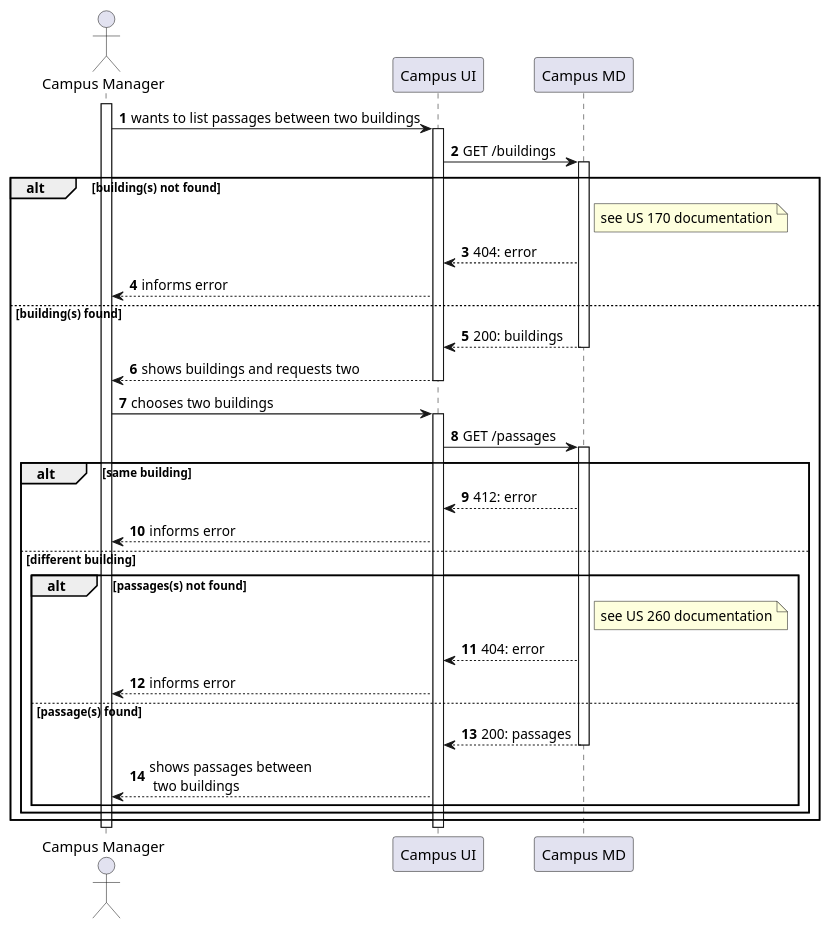
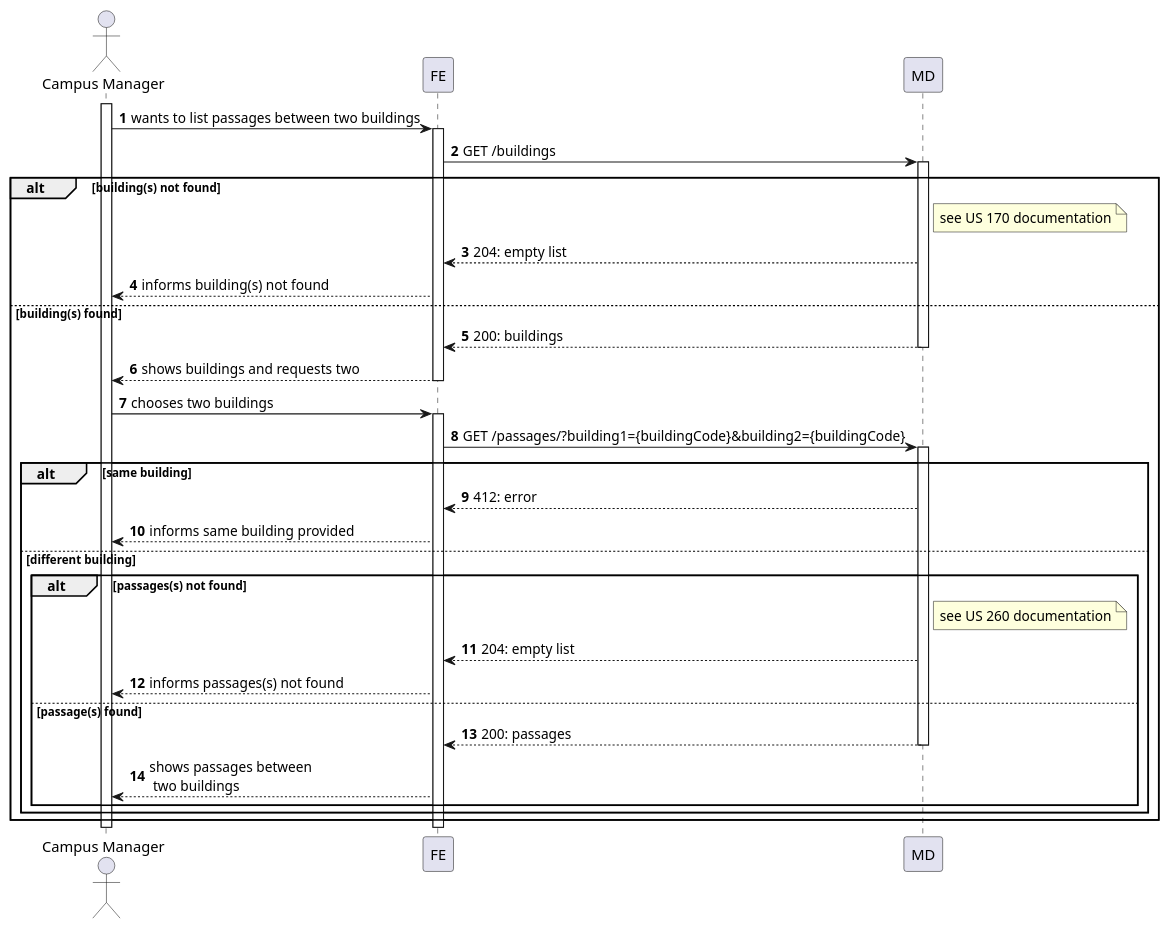
The diagram in docs/us1190/level2/process-view.puml (Departamento-de-Engenharia-Informatica/lapr5-23-24-g19), drawn with PlantUML before and after one commit. The commit also changed 4 other files, not shown here.

```diff
--- a/docs/us1190/level2/process-view.puml
+++ b/docs/us1190/level2/process-view.puml
@@ -1,55 +1,55 @@
 @startuml
 autonumber
 
 actor "Campus Manager" as usr
 
-participant "Campus UI" as ui
-participant "Campus MD" as md
+participant "FE" as ui
+participant "MD" as md
 
 activate usr
     usr -> ui : wants to list passages between two buildings
     activate ui
 
         ui -> md : GET /buildings
         alt building(s) not found
             activate md
             note right of md : see US 170 documentation
-                md --> ui : 404: error
+                md --> ui : 204: empty list
 
-            ui --> usr : informs error
+            ui --> usr : informs building(s) not found
 
         else building(s) found
             md --> ui : 200: buildings
 
             deactivate md
             ui --> usr : shows buildings and requests two
     deactivate ui
 
     usr -> ui : chooses two buildings
     activate ui
-        ui -> md : GET /passages
+        ui -> md : GET /passages/?building1={buildingCode}&building2={buildingCode}
         activate md
 
 
         alt same building
             md --> ui : 412: error
-            ui --> usr: informs error
+            ui --> usr: informs same building provided
         else different building
 
         alt passages(s) not found
                 note right of md : see US 260 documentation
-                md --> ui: 404: error
+                md --> ui: 204: empty list
 
-            ui --> usr : informs error
+            ui --> usr : informs passages(s) not found
         else passage(s) found
             md --> ui : 200: passages
 
             deactivate md
             ui --> usr : shows passages between\n two buildings
             end
         end
     end
     deactivate ui
 deactivate usr
 
 @enduml
```
